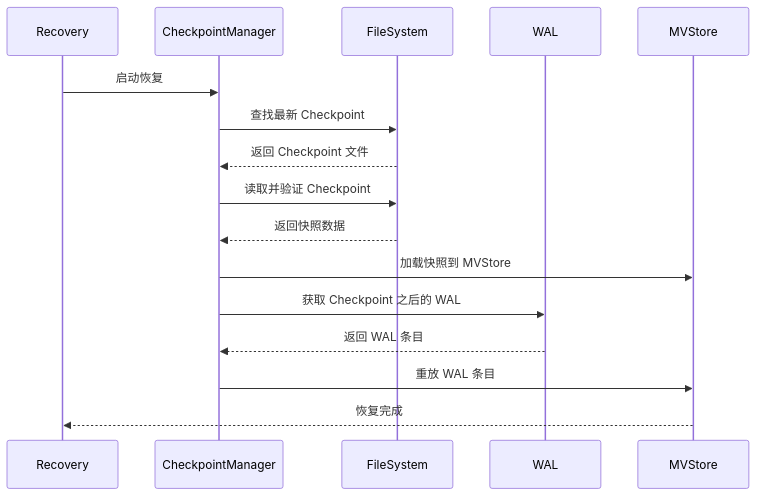
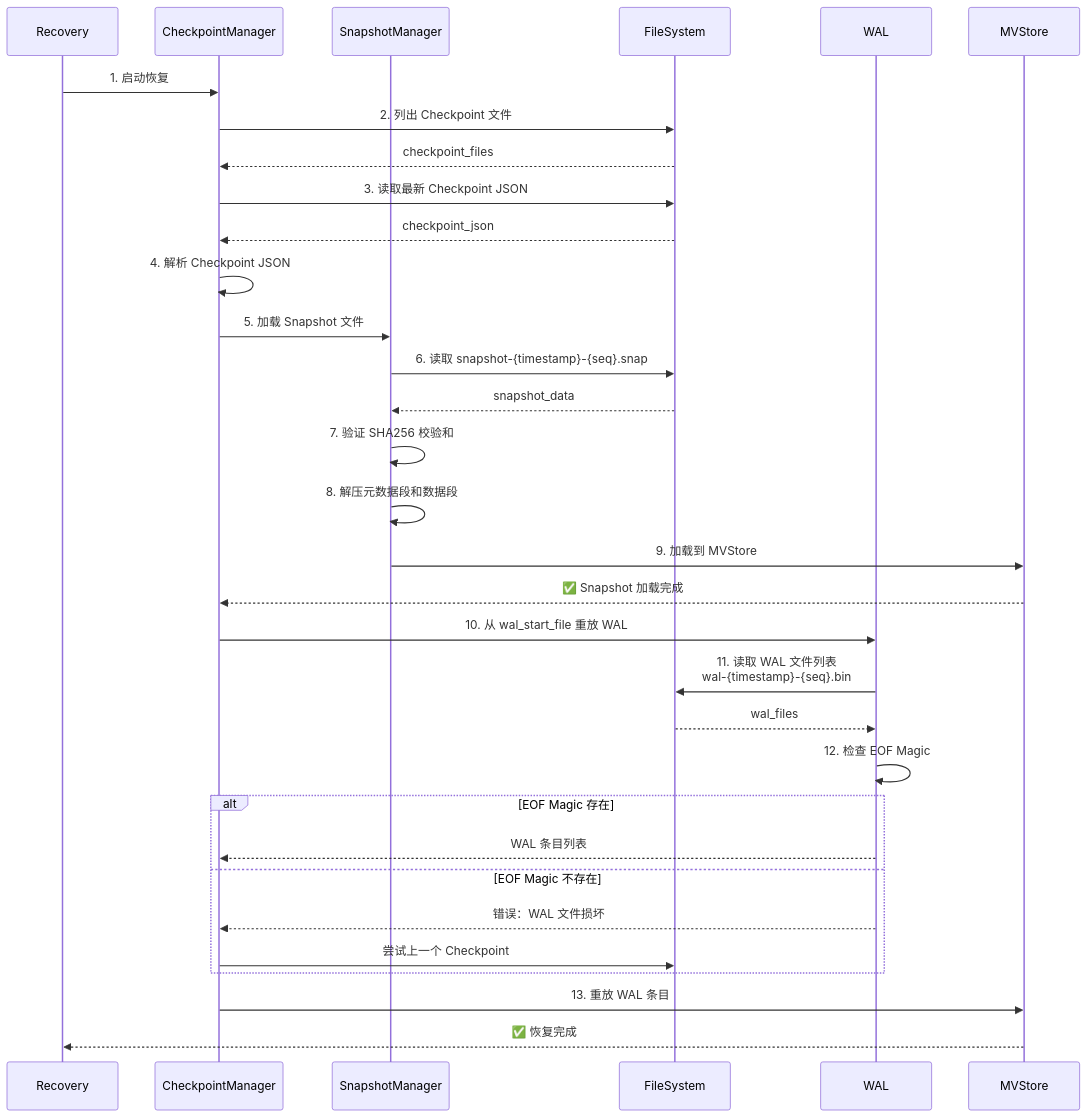
One commit to jzhang405/NexKV changed the eighth of 8 diagrams in docs/06_project_management/pr_documents/feature/2026-01-19_PR-003_WAL_Checkpoint_机制实现_Pre.md. Above: the diagram before and after it, drawn with Mermaid. The commit also changed other lines of this file and 51 other files, not shown here.

````diff
--- a/docs/06_project_management/pr_documents/feature/2026-01-19_PR-003_WAL_Checkpoint_机制实现_Pre.md
+++ b/docs/06_project_management/pr_documents/feature/2026-01-19_PR-003_WAL_Checkpoint_机制实现_Pre.md
@@ -546,19 +734,45 @@
 ```mermaid
 sequenceDiagram
     participant R as Recovery
     participant CM as CheckpointManager
-    participant F as FileSystem
-    participant W as WAL
-    participant M as MVStore
+    participant SM as SnapshotManager
+    participant FS as FileSystem
+    participant WAL as WAL
+    participant MV as MVStore
 
-    R->>CM: 启动恢复
-    CM->>F: 查找最新 Checkpoint
-    F-->>CM: 返回 Checkpoint 文件
-    CM->>F: 读取并验证 Checkpoint
-    F-->>CM: 返回快照数据
-    CM->>M: 加载快照到 MVStore
-    CM->>W: 获取 Checkpoint 之后的 WAL
-    W-->>CM: 返回 WAL 条目
-    CM->>M: 重放 WAL 条目
-    M-->>R: 恢复完成
+    R->>CM: 1. 启动恢复
+
+    CM->>FS: 2. 列出 Checkpoint 文件
+    FS-->>CM: checkpoint_files
+
+    CM->>FS: 3. 读取最新 Checkpoint JSON
+    FS-->>CM: checkpoint_json
+
+    CM->>CM: 4. 解析 Checkpoint JSON
+
+    CM->>SM: 5. 加载 Snapshot 文件
+    SM->>FS: 6. 读取 snapshot-{timestamp}-{seq}.snap
+    FS-->>SM: snapshot_data
+
+    SM->>SM: 7. 验证 SHA256 校验和
+    SM->>SM: 8. 解压元数据段和数据段
+    SM->>MV: 9. 加载到 MVStore
+    MV-->>CM: ✅ Snapshot 加载完成
+
+    CM->>WAL: 10. 从 wal_start_file 重放 WAL
+    WAL->>FS: 11. 读取 WAL 文件列表<br/>wal-{timestamp}-{seq}.bin
+    FS-->>WAL: wal_files
+
+    WAL->>WAL: 12. 检查 EOF Magic
+
+    alt EOF Magic 存在
+        WAL-->>CM: WAL 条目列表
+    else EOF Magic 不存在
+        WAL-->>CM: 错误：WAL 文件损坏
+        CM->>FS: 尝试上一个 Checkpoint
+    end
+
+    CM->>MV: 13. 重放 WAL 条目
+
+    MV-->>R: ✅ 恢复完成
 ```
````
